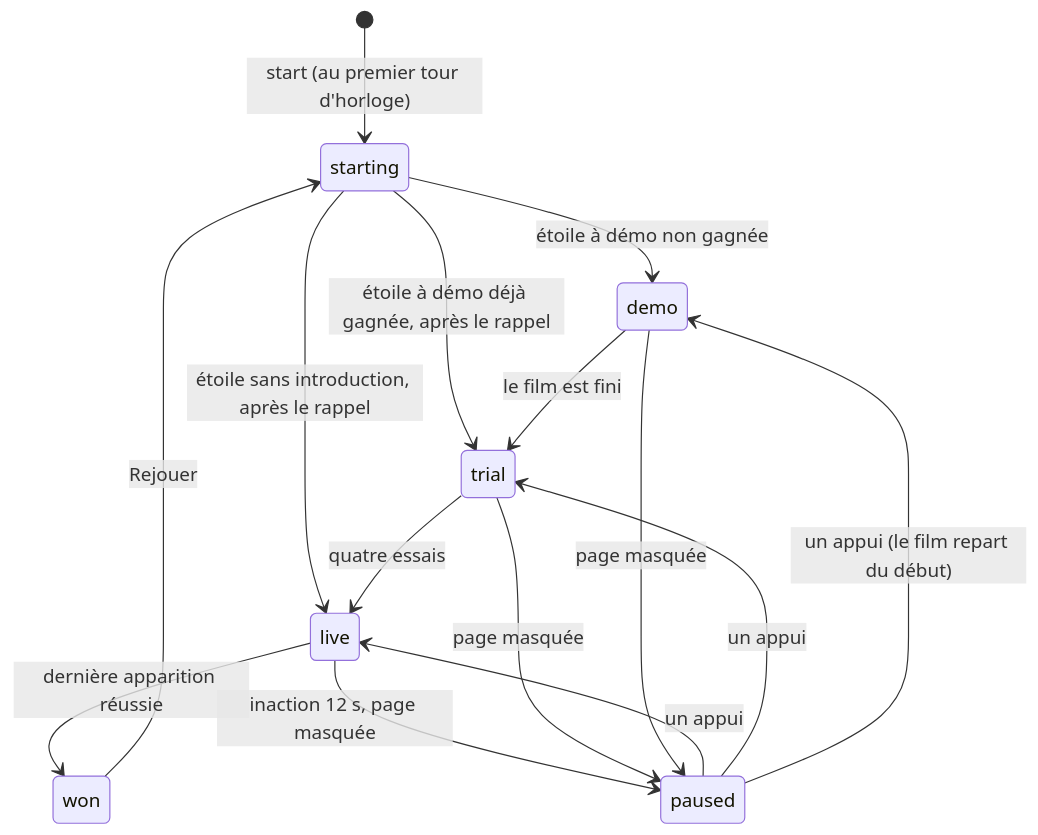
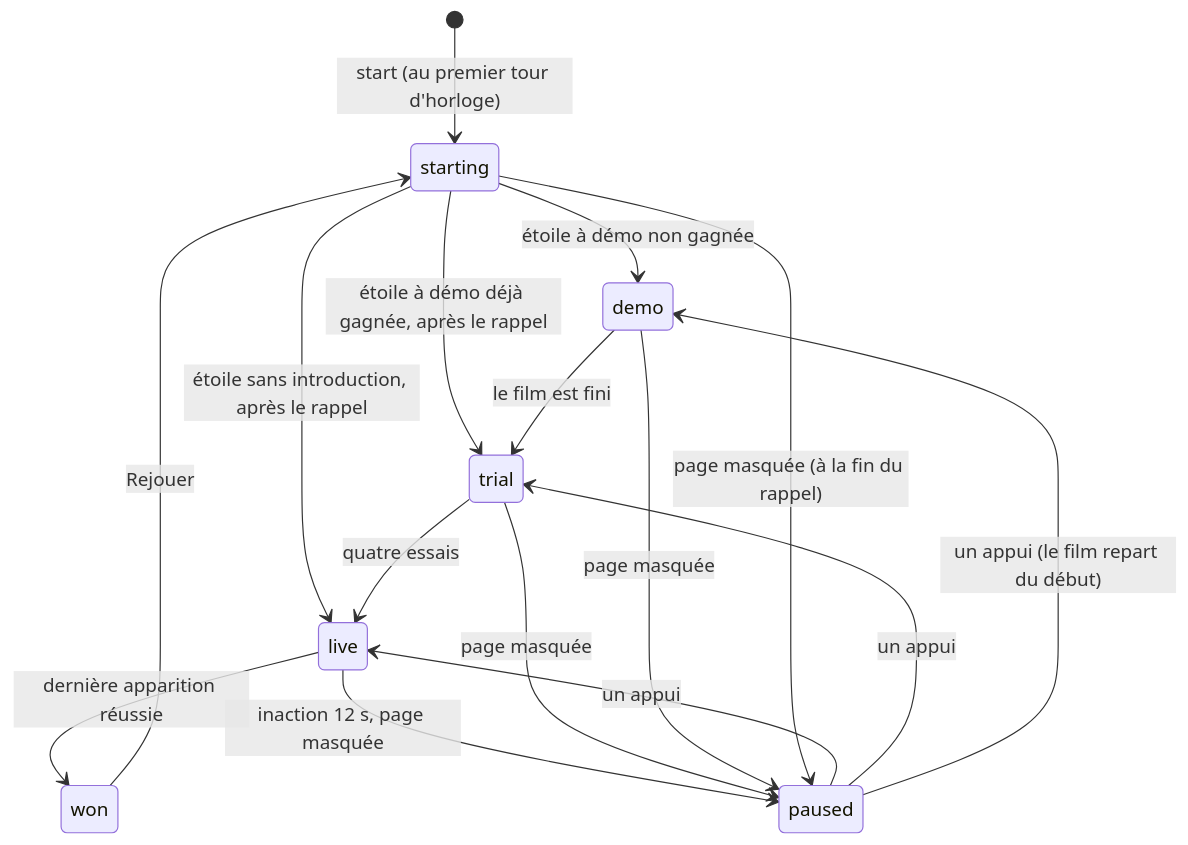
The third of 3 diagrams in docs/FEAT-28.md (youtix/mia), drawn with Mermaid before and after one commit. The commit also changed other lines of this file and 6 other files, not shown here.

````diff
--- a/docs/FEAT-28.md
+++ b/docs/FEAT-28.md
@@ -464,17 +464,18 @@
 ```mermaid
 stateDiagram-v2
     [*] --> starting : start (au premier tour d'horloge)
     starting --> demo : étoile à démo non gagnée
     starting --> trial : étoile à démo déjà gagnée, après le rappel
     starting --> live : étoile sans introduction, après le rappel
     demo --> trial : le film est fini
     trial --> live : quatre essais
     live --> won : dernière apparition réussie
     live --> paused : inaction 12 s, page masquée
     trial --> paused : page masquée
     demo --> paused : page masquée
+    starting --> paused : page masquée (à la fin du rappel)
     paused --> live : un appui
     paused --> trial : un appui
     paused --> demo : un appui (le film repart du début)
     won --> starting : Rejouer
 ```
````
